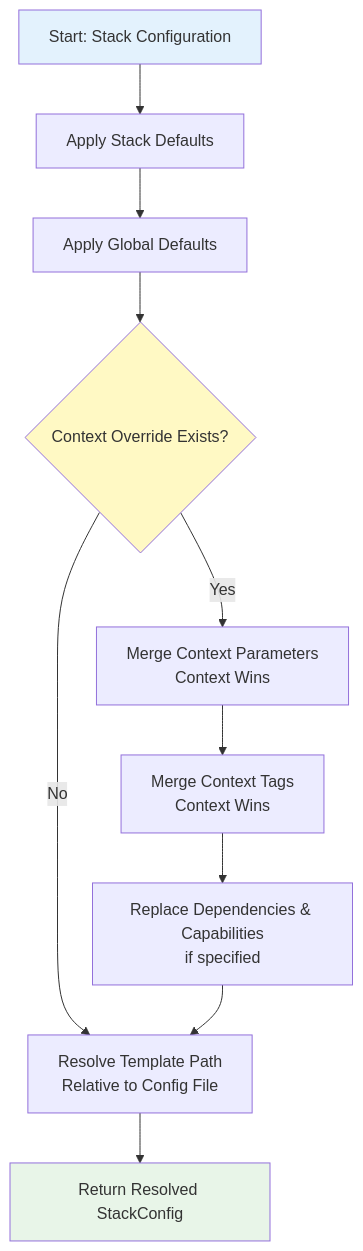
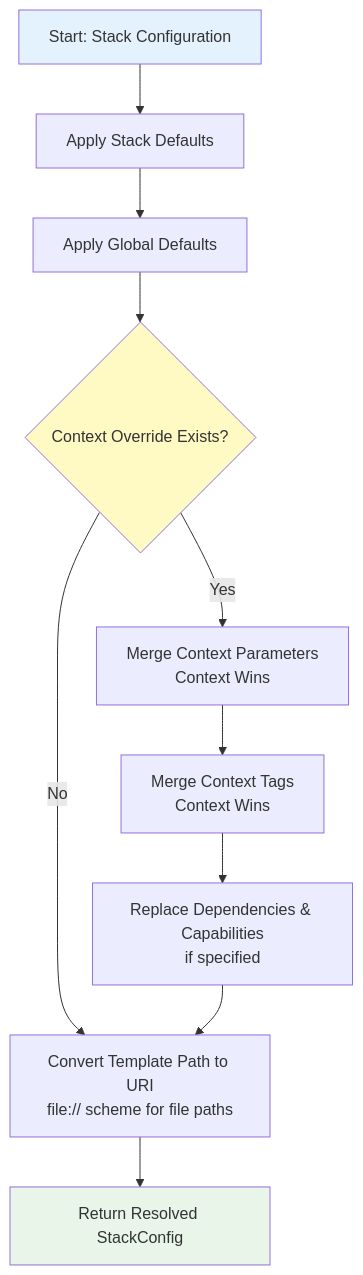
Before and after one commit to orien/stackaroo: the fifth of 5 diagrams in docs/architecture/configuration.md, drawn with Mermaid. The commit also changed other lines of this file and 1 other file, not shown here.

First line of the commit message:
Update architecture documentation for URI-based templates

````diff
--- a/docs/architecture/configuration.md
+++ b/docs/architecture/configuration.md
@@ -203,19 +217,19 @@
 ```mermaid
 flowchart TD
     A[Start: Stack Configuration] --> B[Apply Stack Defaults]
     B --> C[Apply Global Defaults]
     C --> D{Context Override Exists?}
     
     D -->|Yes| E[Merge Context Parameters<br/>Context Wins]
     D -->|No| H[Resolve Template Path]
     
     E --> F[Merge Context Tags<br/>Context Wins]
     F --> G[Replace Dependencies & Capabilities<br/>if specified]
-    G --> H[Resolve Template Path<br/>Relative to Config File]
+    G --> H[Convert Template Path to URI<br/>file:// scheme for file paths]
     
     H --> I[Return Resolved StackConfig]
     
     style A fill:#e3f2fd
     style I fill:#e8f5e8
     style D fill:#fff9c4
 ```
````
